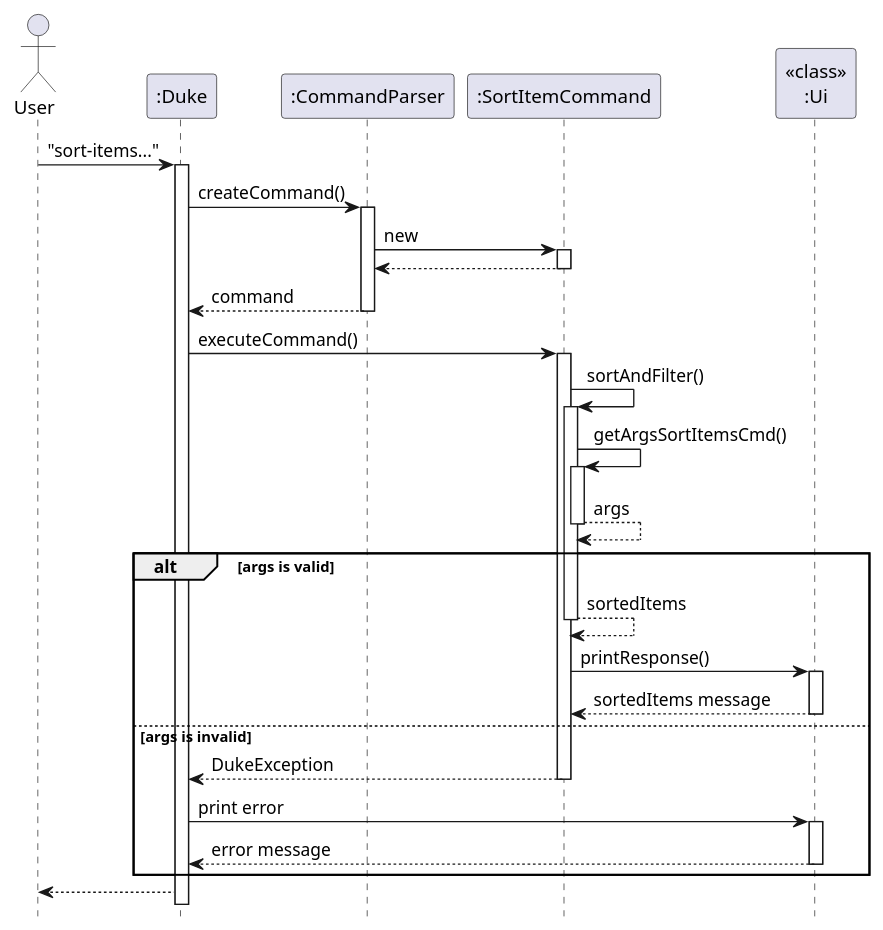
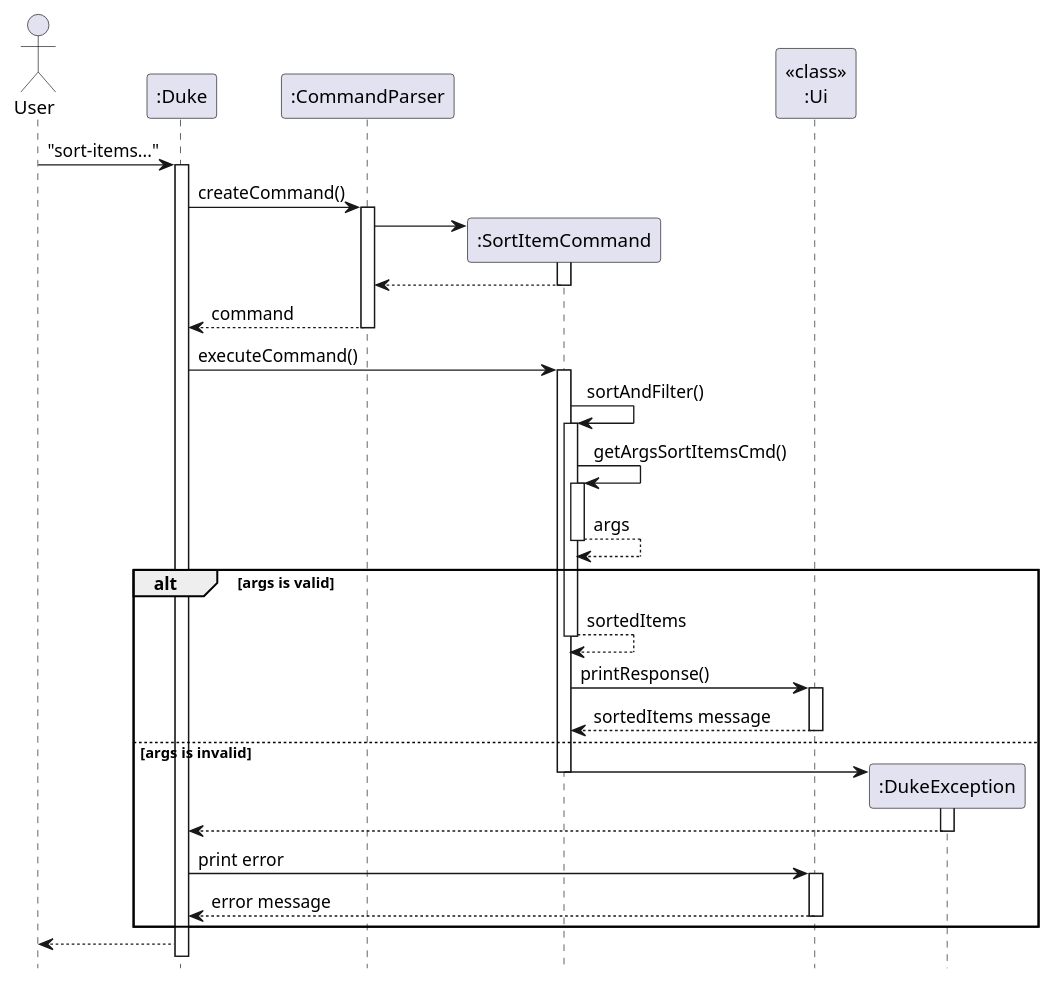
Before and after one commit to nus-cs2113-AY2223S1/tp: the diagram in docs/diagrams/item/SortItemsSequence.puml, drawn with PlantUML. The commit also changed 3 other files, not shown here.

```diff
--- a/docs/diagrams/item/SortItemsSequence.puml
+++ b/docs/diagrams/item/SortItemsSequence.puml
@@ -1,34 +1,37 @@
 @startuml
 hide footbox
 Actor User
 "User" -> ":Duke": "sort-items..."
 activate ":Duke"
 ":Duke" -> ":CommandParser": createCommand()
 activate ":CommandParser"
-":CommandParser" -> ":SortItemCommand": new
+":CommandParser" -> ":SortItemCommand"**
 activate ":SortItemCommand"
 return
 ":CommandParser" --> ":Duke": command
 deactivate
 ":Duke" -> ":SortItemCommand" : executeCommand()
 activate ":SortItemCommand"
 ":SortItemCommand" -> ":SortItemCommand": sortAndFilter()
 activate ":SortItemCommand"
 ":SortItemCommand" -> ":SortItemCommand": getArgsSortItemsCmd()
 activate ":SortItemCommand"
 return args
 alt args is valid
     return sortedItems
     ":SortItemCommand" -> "<<class>>\n:Ui": printResponse()
     activate "<<class>>\n:Ui"
     return sortedItems message
 else args is invalid
-    ":SortItemCommand" --> ":Duke" : DukeException
-        deactivate ":SortItemCommand"
-        ":Duke" -> "<<class>>\n:Ui" : print error
-        activate "<<class>>\n:Ui"
-        "<<class>>\n:Ui" --> ":Duke" : error message
-        deactivate "<<class>>\n:Ui"
+    ":SortItemCommand" -> ":DukeException"**
+     activate ":DukeException"
+     deactivate ":SortItemCommand"
+     ":DukeException" --> ":Duke"
+     deactivate ":DukeException"
+     ":Duke" -> "<<class>>\n:Ui" : print error
+     activate "<<class>>\n:Ui"
+     "<<class>>\n:Ui" --> ":Duke" : error message
+     deactivate "<<class>>\n:Ui"
 end
 ":Duke" --> "User"
 @enduml
```
